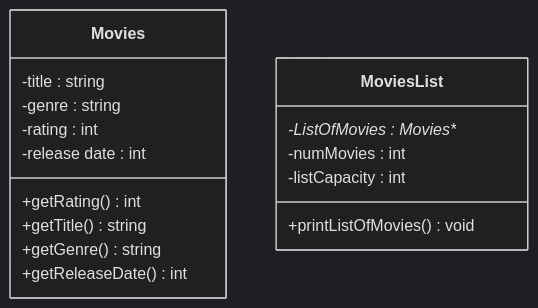
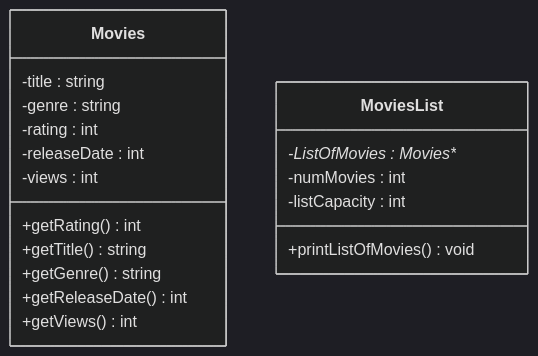
The diagram in README.md (ssant096/Movie-Recommeder), drawn with Mermaid (dark theme) before and after one commit.

Commit message:
Added "views" to Movies class diagram

````diff
--- a/README.md
+++ b/README.md
@@ -30,21 +30,23 @@
 ```mermaid
  classDiagram
  
  class Movies{
    -title : string
    -genre : string
    -rating : int
-   -release date : int
+   -releaseDate : int
+   -views : int
    +getRating() int
    +getTitle() string
    +getGenre() string
    +getReleaseDate() int
+   +getViews() int
  }
  class MoviesList{
    -ListOfMovies : Movies**
    -numMovies : int
    -listCapacity : int
    +printListOfMovies() void
  }
  
  ```
````
